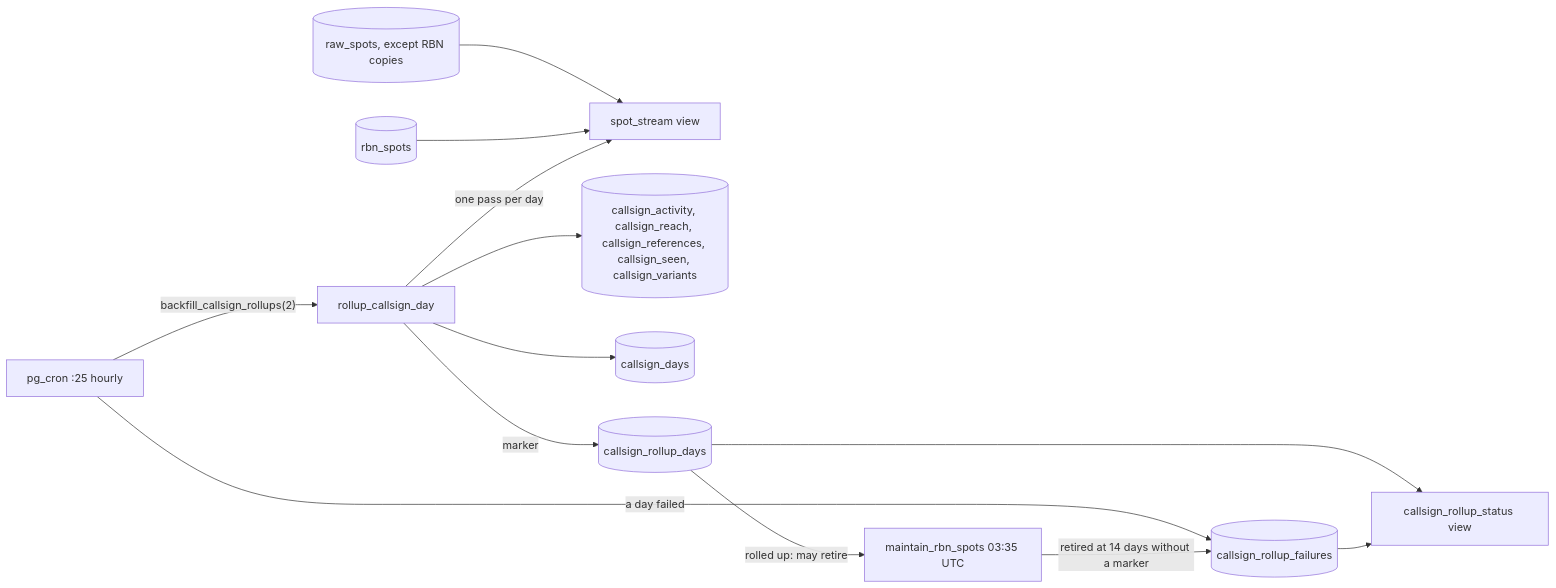
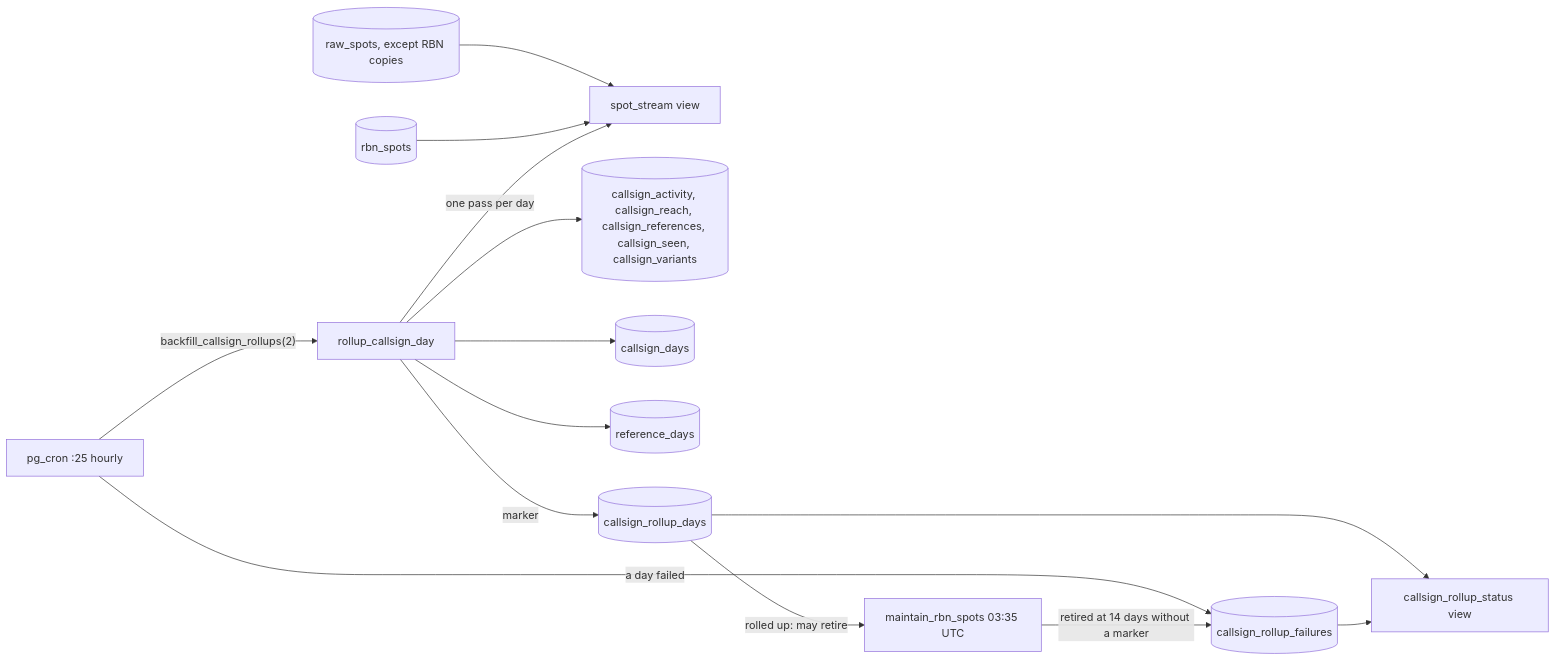
Before and after one commit to johnsonm/longlines: the ninth of 14 diagrams in docs/ARCHITECTURE.md, drawn with Mermaid. The commit also changed other lines of this file and 7 other files, not shown here.

First line of the commit message:
Reference profiles: reference_days rollup (PR 3)

````diff
--- a/docs/ARCHITECTURE.md
+++ b/docs/ARCHITECTURE.md
@@ -954,15 +954,16 @@
 ```mermaid
 flowchart LR
   R[(raw_spots, except RBN copies)] --> V[spot_stream view]
   B[(rbn_spots)] --> V
   C[pg_cron :25 hourly] -- "backfill_callsign_rollups(2)" --> D[rollup_callsign_day]
   D -- "one pass per day" --> V
   D --> T[(callsign_activity, callsign_reach, callsign_references, callsign_seen, callsign_variants)]
   D --> Y[(callsign_days)]
+  D --> RD[(reference_days)]
   D -- marker --> K[(callsign_rollup_days)]
   C -- "a day failed" --> F[(callsign_rollup_failures)]
   K -- "rolled up: may retire" --> M[maintain_rbn_spots 03:35 UTC]
   M -- "retired at 14 days without a marker" --> F
   K --> S[callsign_rollup_status view]
   F --> S
 ```
````
